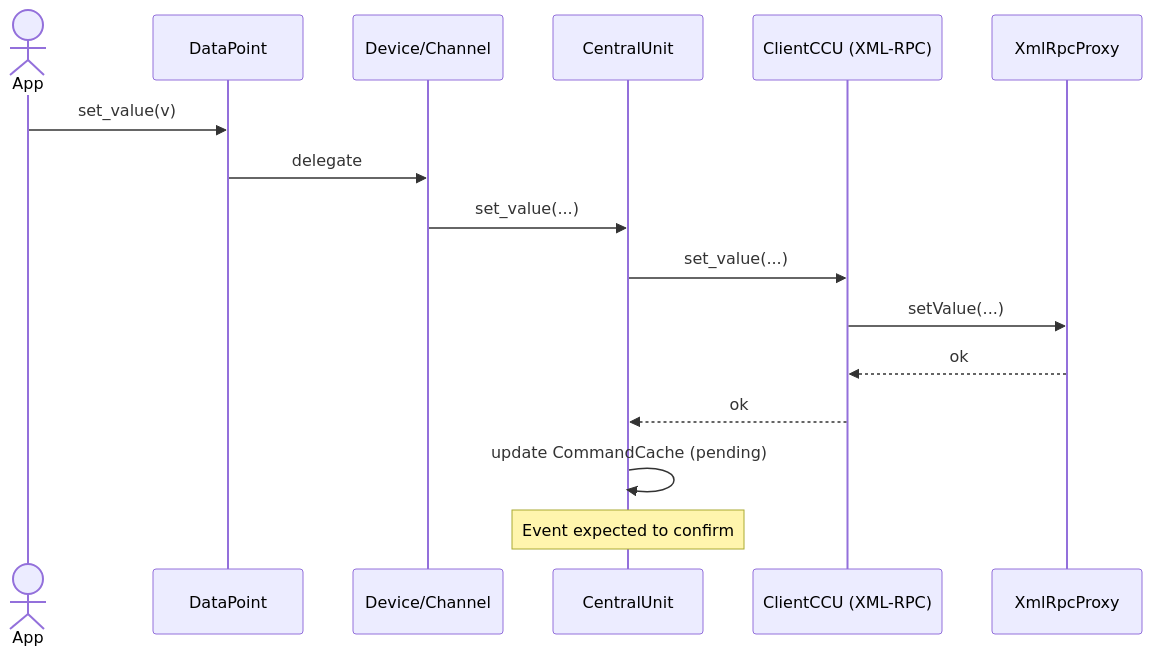
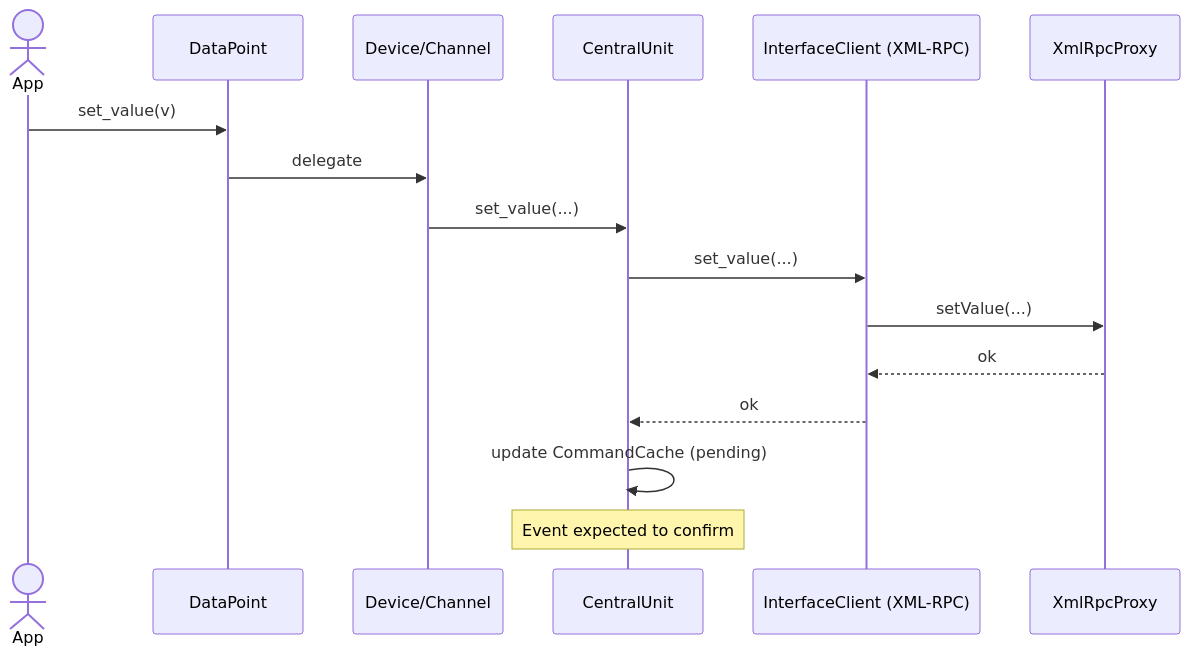
One commit to SukramJ/aiohomematic changed the third of 3 diagrams in docs/architecture/data_flow.md. Above: the diagram before and after it, drawn with Mermaid. The commit also changed other lines of this file and 13 other files, not shown here.

````diff
--- a/docs/architecture/data_flow.md
+++ b/docs/architecture/data_flow.md
@@ -156,18 +156,18 @@
 ```mermaid
 sequenceDiagram
   actor App
   participant DP as DataPoint
   participant Dev as Device/Channel
   participant C as CentralUnit
-  participant CX as ClientCCU (XML-RPC)
+  participant CX as InterfaceClient (XML-RPC)
   participant X as XmlRpcProxy
   App->>DP: set_value(v)
   DP->>Dev: delegate
   Dev->>C: set_value(...)
   C->>CX: set_value(...)
   CX->>X: setValue(...)
   X-->>CX: ok
   CX-->>C: ok
   C->>C: update CommandCache (pending)
   note over C: Event expected to confirm
 ```
````
